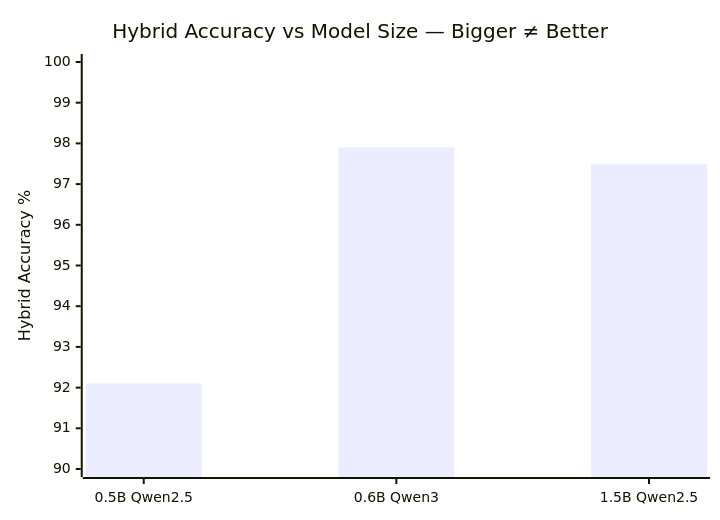
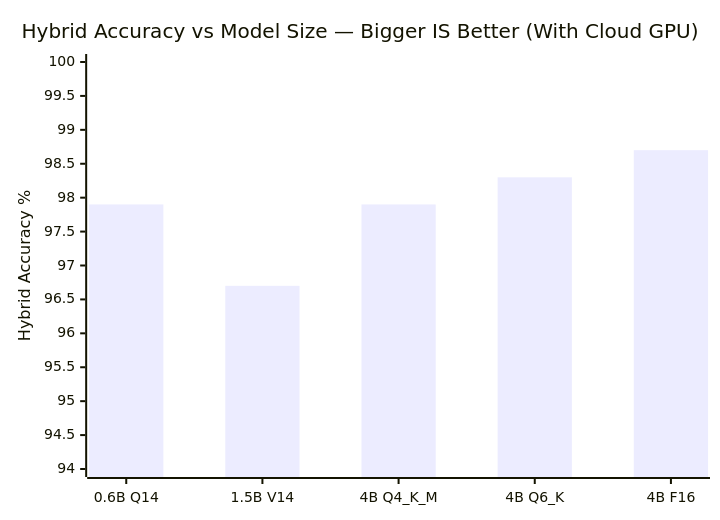
One commit to FaisalFehad/llm_eval_harness changed the third of 3 diagrams in README.md. Above: the diagram before and after it, drawn with Mermaid. The commit also changed other lines of this file and 365 other files, not shown here.

````diff
--- a/README.md
+++ b/README.md
@@ -636,7 +640,7 @@
 ```mermaid
 xychart-beta
-    title "Hybrid Accuracy vs Model Size — Bigger ≠ Better"
-    x-axis ["0.5B Qwen2.5", "0.6B Qwen3", "1.5B Qwen2.5"]
-    y-axis "Hybrid Accuracy %" 90 --> 100
-    bar [92.1, 97.9, 97.5]
+    title "Hybrid Accuracy vs Model Size — Bigger IS Better (With Cloud GPU)"
+    x-axis ["0.6B Q14", "1.5B V14", "4B Q4_K_M", "4B Q6_K", "4B F16"]
+    y-axis "Hybrid Accuracy %" 94 --> 100
+    bar [97.9, 96.7, 97.9, 98.3, 98.7]
 ```
````
